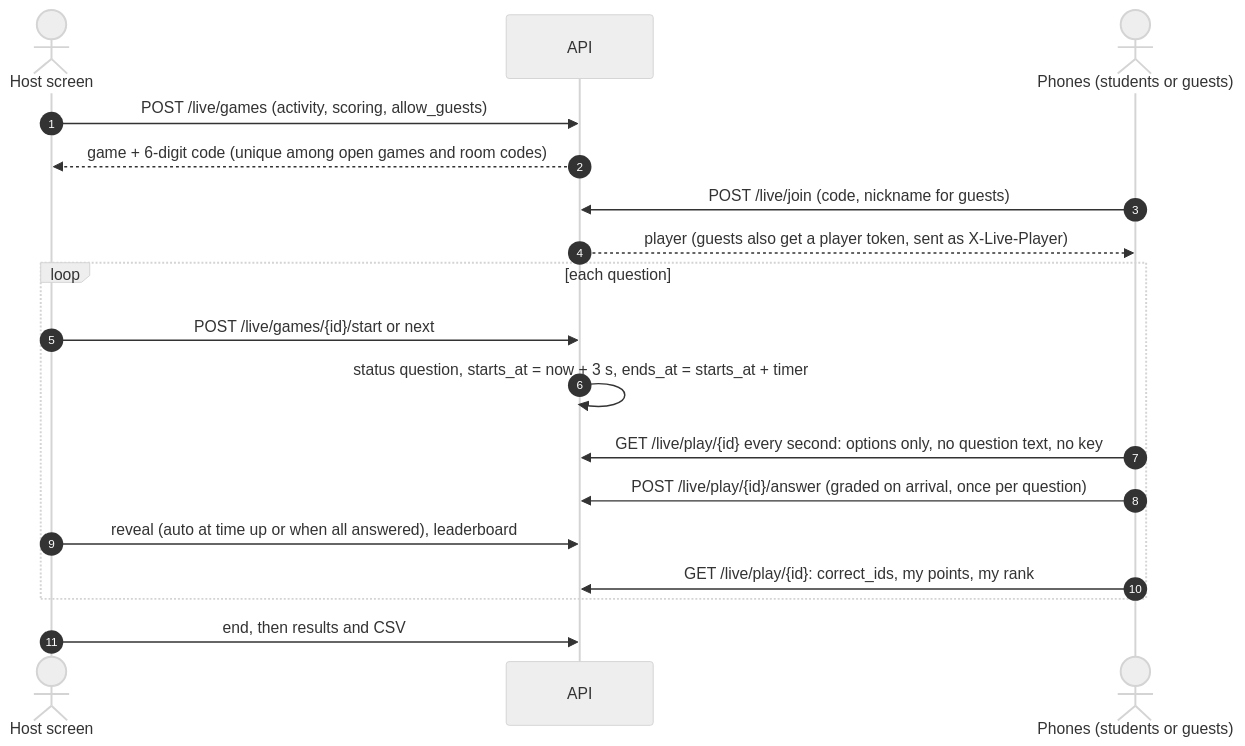
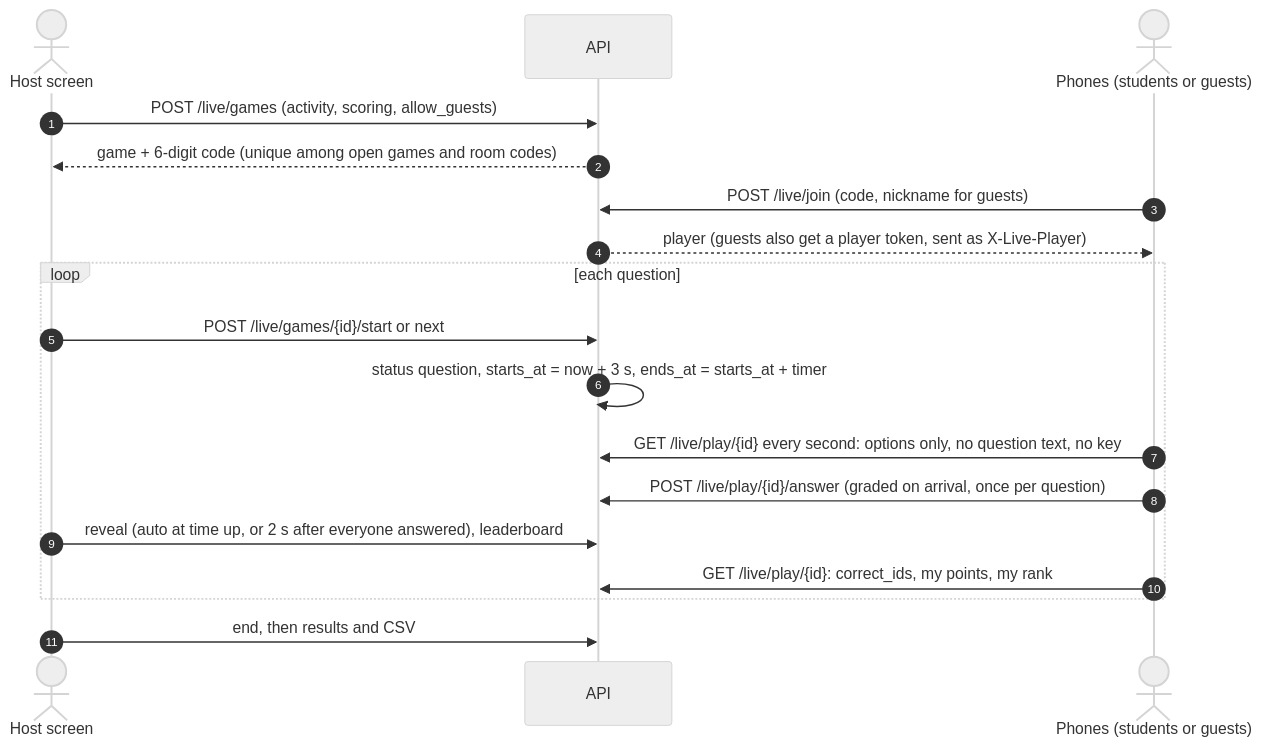
Before and after one commit to OSSC-DBIT/openqz: the seventh of 10 diagrams in docs/architecture.md, drawn with Mermaid (neutral theme). The commit also changed other lines of this file and 46 other files, not shown here.

````diff
--- a/docs/architecture.md
+++ b/docs/architecture.md
@@ -210,20 +214,20 @@
 ```mermaid
 sequenceDiagram
     autonumber
     actor H as Host screen
     participant A as API
     actor P as Phones (students or guests)
     H->>A: POST /live/games (activity, scoring, allow_guests)
     A-->>H: game + 6-digit code (unique among open games and room codes)
     P->>A: POST /live/join (code, nickname for guests)
     A-->>P: player (guests also get a player token, sent as X-Live-Player)
     loop each question
         H->>A: POST /live/games/{id}/start or next
         A->>A: status question, starts_at = now + 3 s, ends_at = starts_at + timer
         P->>A: GET /live/play/{id} every second: options only, no question text, no key
         P->>A: POST /live/play/{id}/answer (graded on arrival, once per question)
-        H->>A: reveal (auto at time up or when all answered), leaderboard
+        H->>A: reveal (auto at time up, or 2 s after everyone answered), leaderboard
         P->>A: GET /live/play/{id}: correct_ids, my points, my rank
     end
     H->>A: end, then results and CSV
 ```
````
